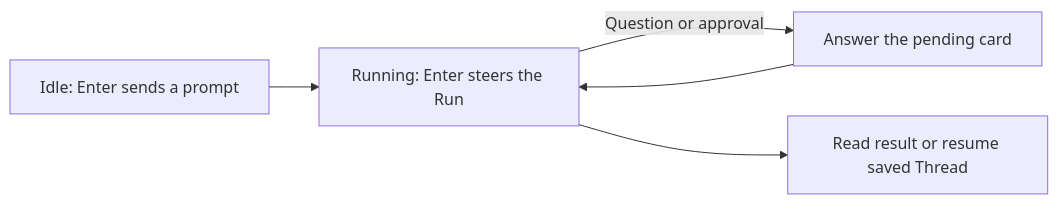
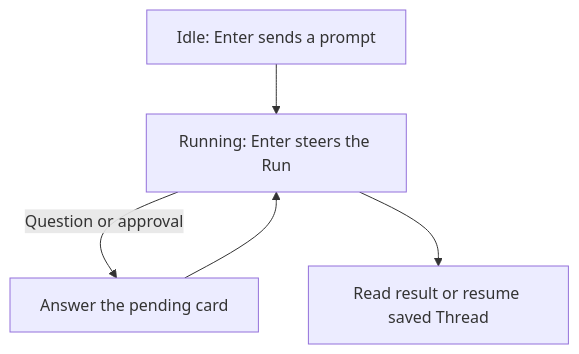
Before and after one commit to converge-ai-labs/agent-foundation: the diagram in docs/a13n-harness-ui/everyday-use.md, drawn with Mermaid. The commit also changed 53 other files, not shown here.

First line of the commit message:
feat(docs): add core diagrams and color-code code, callouts, and diagrams

````diff
--- a/docs/a13n-harness-ui/everyday-use.md
+++ b/docs/a13n-harness-ui/everyday-use.md
@@ -10,7 +10,11 @@
 ```mermaid
-flowchart LR
+flowchart TB
     Idle[Idle: Enter sends a prompt] --> Running[Running: Enter steers the Run]
     Running -->|Question or approval| Decision[Answer the pending card]
     Decision --> Running
     Running --> Result[Read result or resume saved Thread]
+
+    class Running a13n
+    class Decision warning
+    class Result success
 ```
````
